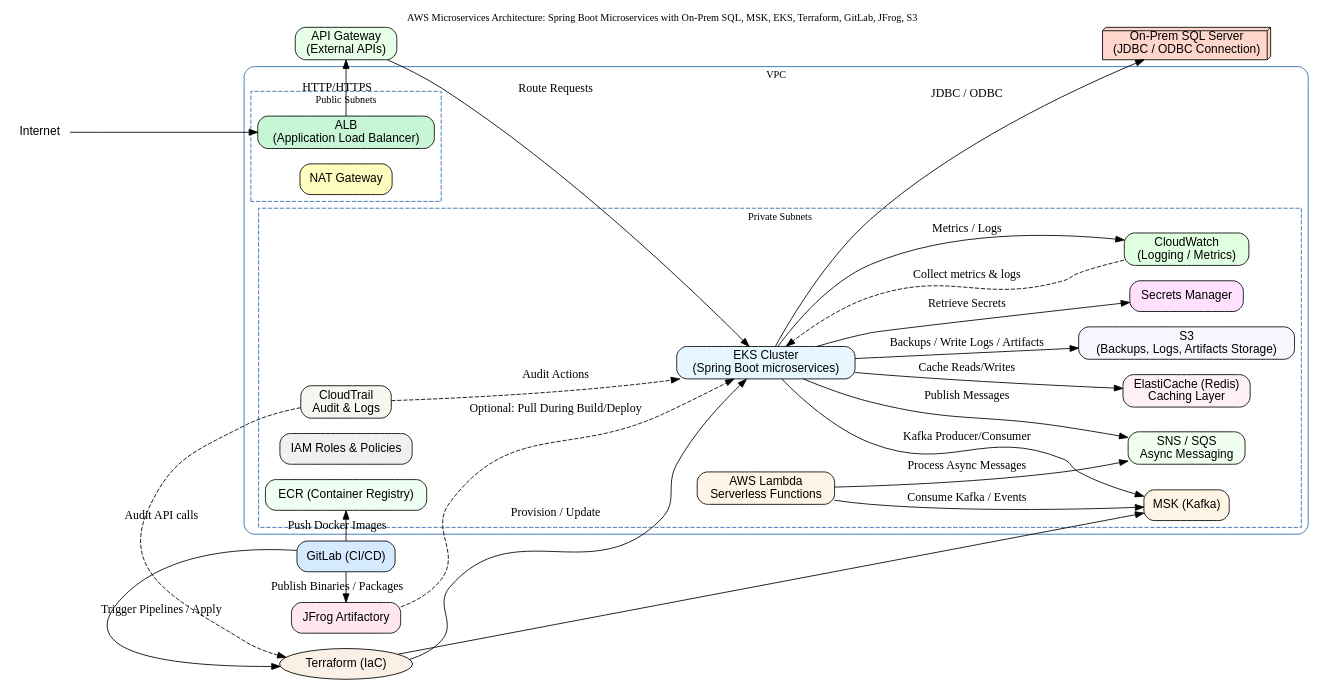
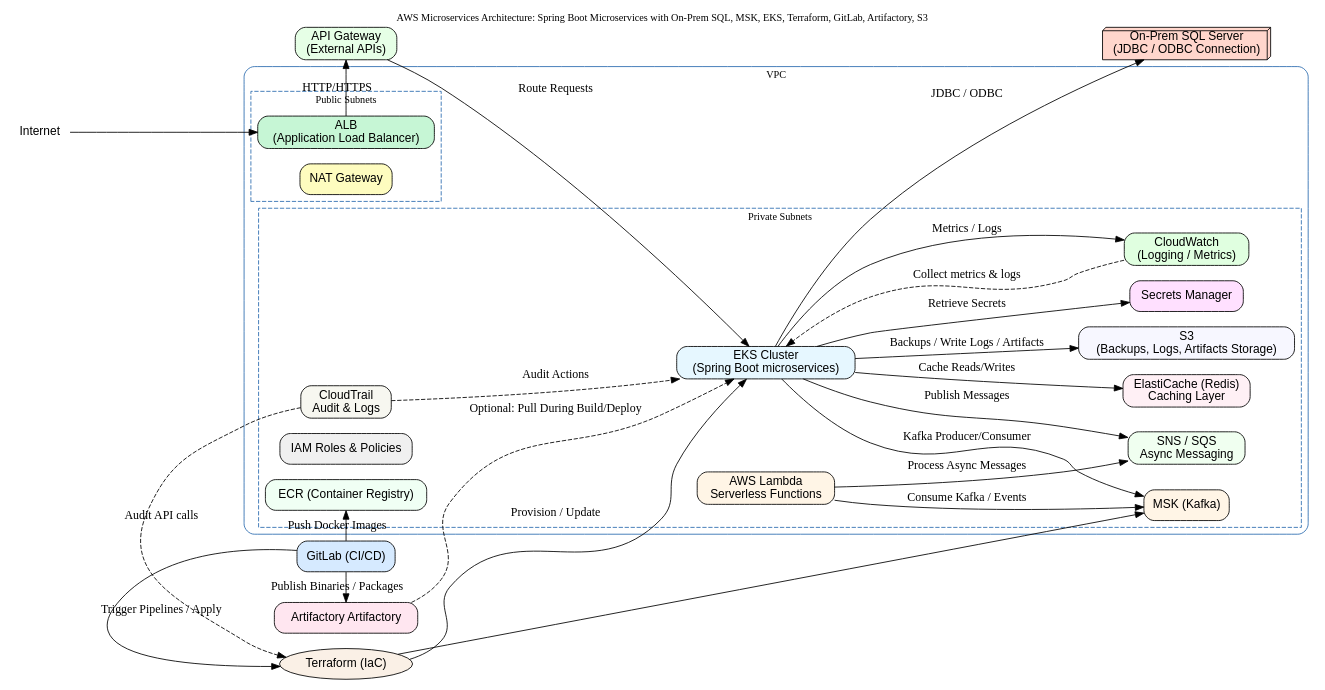
Before and after one commit to SureshMohanasundaram/Architecture_Diagrams_Python_AI: the diagram in Arch_Diagrams/diagrams/aws_microservices.dot, drawn with Graphviz. The commit also changed other lines of this file and 8 other files, not shown here.

Commit message:
Replace JFrog with Artifactory; remove Artifacts from S3 labels; regen affected diagrams

```diff
--- a/Arch_Diagrams/diagrams/aws_microservices.dot
+++ b/Arch_Diagrams/diagrams/aws_microservices.dot
@@ -1,76 +1,76 @@
 // AWS Microservices Architecture DOT file - Enhanced with S3
 digraph AWS_Microservices {
   rankdir=LR;
-  graph [fontsize=12 labelloc=t label="AWS Microservices Architecture: Spring Boot Microservices with On-Prem SQL, MSK, EKS, Terraform, GitLab, JFrog, S3" splines=true];
+  graph [fontsize=12 labelloc=t label="AWS Microservices Architecture: Spring Boot Microservices with On-Prem SQL, MSK, EKS, Terraform, GitLab, Artifactory, S3" splines=true];
   node [shape=box style="rounded,filled" fillcolor="#ffffff" fontname="Helvetica"];
 
   // VPC
   subgraph cluster_vpc {
     label="VPC";
     style=rounded;
     color="#2b6cb0";
 
     // Public Subnets
     subgraph cluster_public {
       label="Public Subnets";
       style=dashed;
       ALB [label="ALB\n(Application Load Balancer)", fillcolor="#c6f6d5"];
       NAT [label="NAT Gateway", fillcolor="#fefcbf"];
       GitLab [label="GitLab (CI/CD)", fillcolor="#d6eaff"];
-      Artifactory [label="JFrog Artifactory", fillcolor="#ffe6f0"];
+      Artifactory [label="Artifactory Artifactory", fillcolor="#ffe6f0"];
       APIGateway [label="API Gateway\n(External APIs)", fillcolor="#e6ffe6"];
     }
 
     // Private Subnets
     subgraph cluster_private {
       label="Private Subnets";
       style=dashed;
       EKS [label="EKS Cluster\n(Spring Boot microservices)", fillcolor="#e6f7ff"];
       MSK [label="MSK (Kafka)", fillcolor="#fff5e6"];
       ECR [label="ECR (Container Registry)", fillcolor="#f0fff4"];
       CloudWatch [label="CloudWatch\n(Logging / Metrics)", fillcolor="#e0ffe0"];
       SecretsManager [label="Secrets Manager", fillcolor="#ffe0ff"];
       IAM [label="IAM Roles & Policies", fillcolor="#f0f0f0"];
       ElastiCache [label="ElastiCache (Redis)\nCaching Layer", fillcolor="#fff0f5"];
       SNS [label="SNS / SQS\nAsync Messaging", fillcolor="#f0fff0"];
       Lambda [label="AWS Lambda\nServerless Functions", fillcolor="#fff5e6"];
       CloudTrail [label="CloudTrail\nAudit & Logs", fillcolor="#f7f7f0"];
       S3 [label="S3\n(Backups, Logs, Artifacts Storage)", fillcolor="#f7f7ff"];
     }
   }
 
   // On-Prem SQL Server
   OnPremSQL [shape=box3d label="On-Prem SQL Server\n(JDBC / ODBC Connection)" fillcolor="#ffd6cc"];
 
   // Infra / IaC and external systems
   Terraform [shape=ellipse label="Terraform (IaC)" fillcolor="#faf0e6"];
   Internet [shape=plaintext label="Internet"];
 
   // Relationships / flows
   Internet -> ALB;
   ALB -> APIGateway [label="HTTP/HTTPS"];
   APIGateway -> EKS [label="Route Requests"];
   EKS -> MSK [label="Kafka Producer/Consumer"];
   EKS -> OnPremSQL [label="JDBC / ODBC"];
   EKS -> ElastiCache [label="Cache Reads/Writes"];
   EKS -> SNS [label="Publish Messages"];
   Lambda -> MSK [label="Consume Kafka / Events"];
   Lambda -> SNS [label="Process Async Messages"];
   EKS -> S3 [label="Backups / Write Logs / Artifacts"];
   EKS -> CloudWatch [label="Metrics / Logs"];
   EKS -> SecretsManager [label="Retrieve Secrets"];
   GitLab -> ECR [label="Push Docker Images"];
   GitLab -> Artifactory [label="Publish Binaries / Packages"];
   GitLab -> Terraform [label="Trigger Pipelines / Apply"];
   Terraform -> EKS [label="Provision / Update"];
   Terraform -> MSK;
   Artifactory -> EKS [label="Optional: Pull During Build/Deploy", style=dashed];
 
   // Monitoring & Audit
   CloudWatch -> EKS [style=dashed, label="Collect metrics & logs"];
   CloudTrail -> Terraform [style=dashed, label="Audit API calls"];
   CloudTrail -> EKS [style=dashed, label="Audit Actions"];
 
   // Grouping
   { rank = same; GitLab; Artifactory; Terraform; APIGateway }
 }
```
